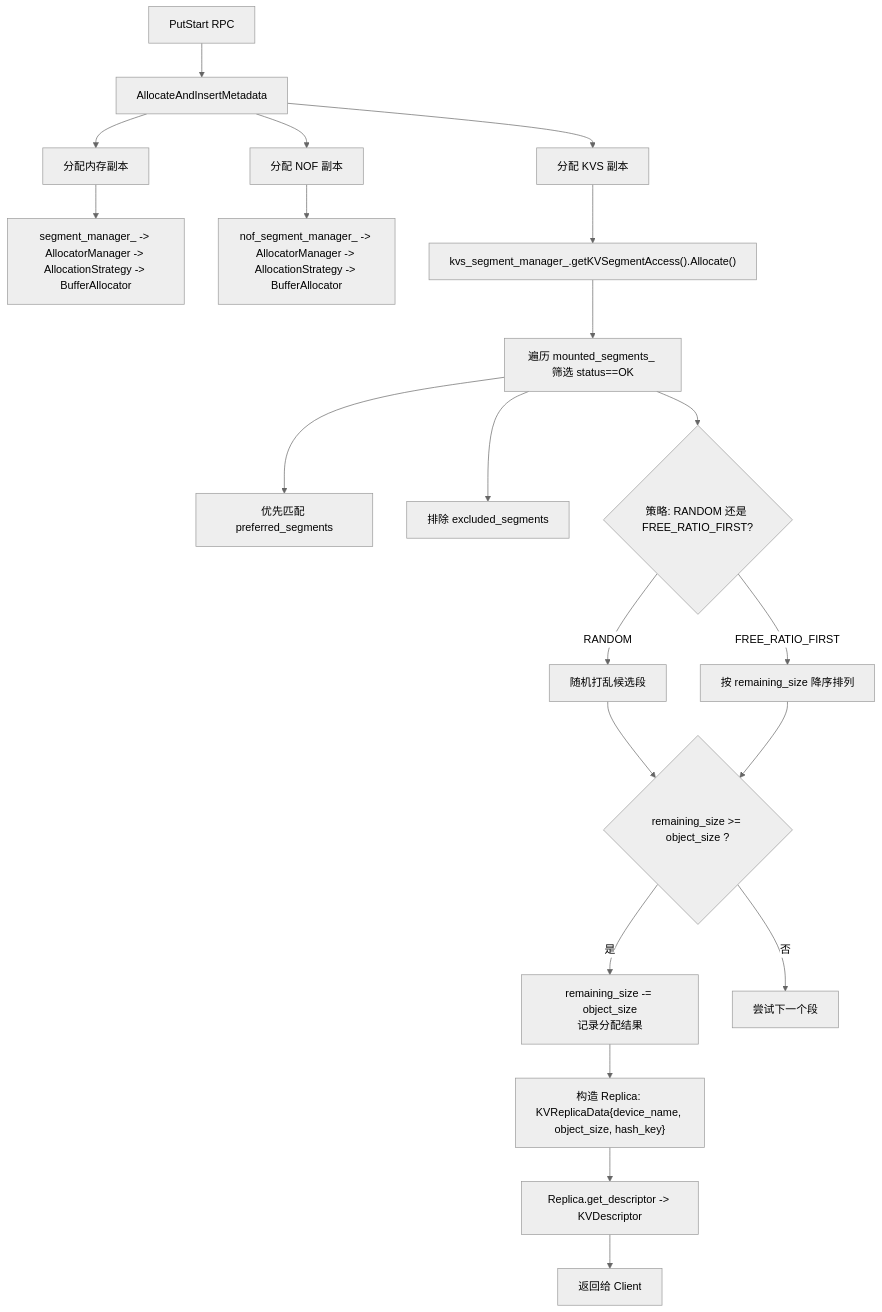
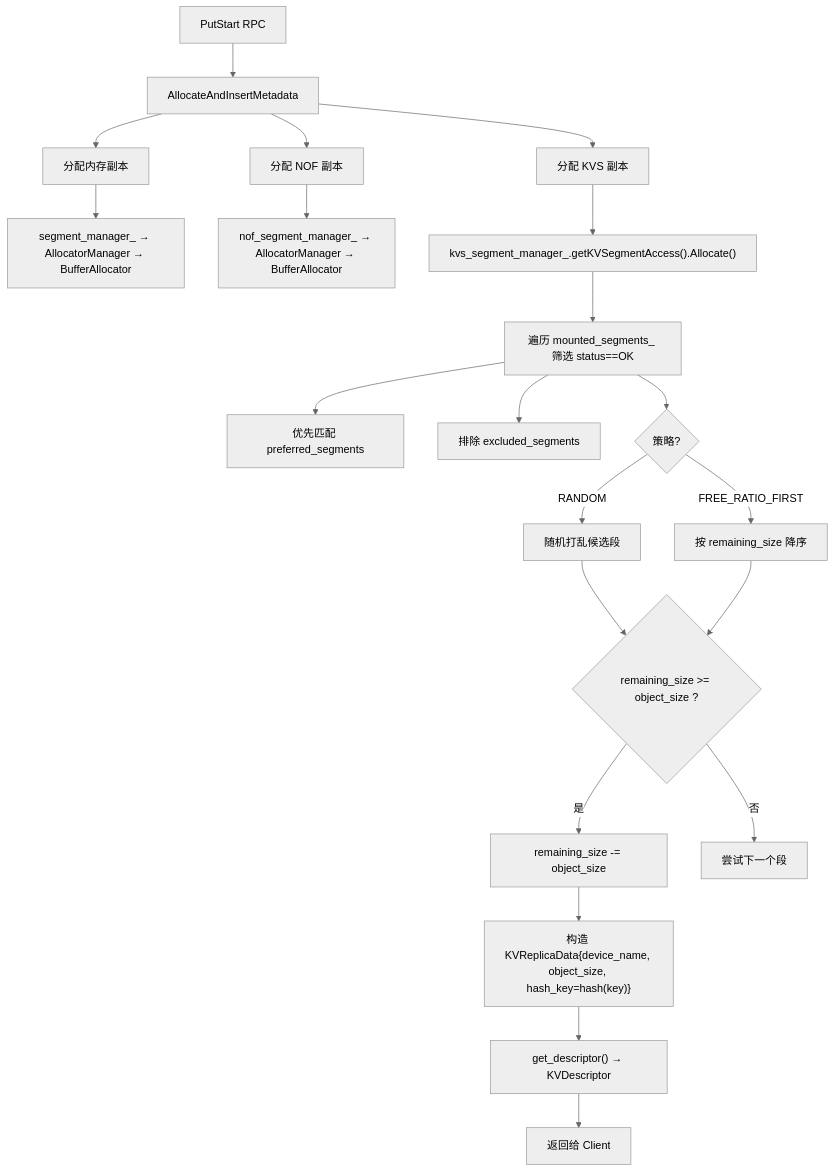
One commit to yz53665/Mooncake changed the eighth of 12 diagrams in mooncake-store/docs/KVUSegment_design.md. Above: the diagram before and after it, drawn with Mermaid (neutral theme). The commit also changed other lines of this file, not shown here.

````diff
--- a/mooncake-store/docs/KVUSegment_design.md
+++ b/mooncake-store/docs/KVUSegment_design.md
@@ -264,30 +279,29 @@
 ```mermaid
 flowchart TD
     A[PutStart RPC] --> B[AllocateAndInsertMetadata]
 
     B --> C[分配内存副本]
-    C --> D["segment_manager_ -> AllocatorManager -> AllocationStrategy -> BufferAllocator"]
+    C --> D["segment_manager_ → AllocatorManager → BufferAllocator"]
 
     B --> F[分配 NOF 副本]
-    F --> G["nof_segment_manager_ -> AllocatorManager -> AllocationStrategy -> BufferAllocator"]
+    F --> G["nof_segment_manager_ → AllocatorManager → BufferAllocator"]
 
     B --> I[分配 KVS 副本]
     I --> J["kvs_segment_manager_.getKVSegmentAccess().Allocate()"]
 
     J --> K["遍历 mounted_segments_ 筛选 status==OK"]
     K --> L[优先匹配 preferred_segments]
     K --> M[排除 excluded_segments]
-    K --> N{策略: RANDOM 还是 FREE_RATIO_FIRST?}
+    K --> N{策略?}
     N -->|RANDOM| O[随机打乱候选段]
-    N -->|FREE_RATIO_FIRST| P[按 remaining_size 降序排列]
+    N -->|FREE_RATIO_FIRST| P[按 remaining_size 降序]
 
     O --> Q{"remaining_size >= object_size ?"}
     P --> Q
-
-    Q -->|是| R["remaining_size -= object_size<br/>记录分配结果"]
+    Q -->|是| R["remaining_size -= object_size"]
     Q -->|否| S[尝试下一个段]
 
-    R --> T["构造 Replica: KVReplicaData{device_name, object_size, hash_key}"]
-    T --> U["Replica.get_descriptor -> KVDescriptor"]
+    R --> T["构造 KVReplicaData{device_name, object_size, hash_key=hash(key)}"]
+    T --> U["get_descriptor() → KVDescriptor"]
     U --> X[返回给 Client]
 ```
````
